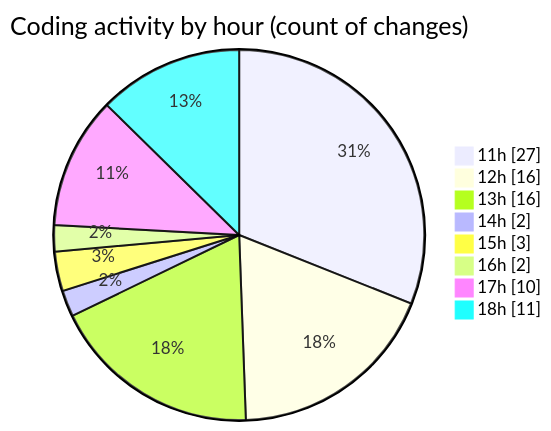
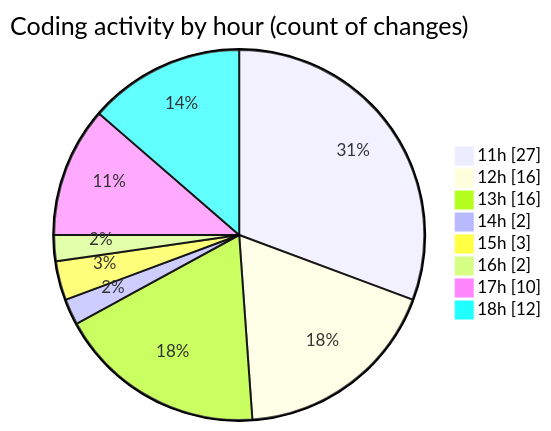
One commit to MatusMokan/code-tracking changed the second of 2 diagrams in 2025-04-18/myws__workspace_/README.md. Above: the diagram before and after it, drawn with Mermaid. The commit also changed other lines of this file and 1 other file, not shown here.

````diff
--- a/2025-04-18/myws__workspace_/README.md
+++ b/2025-04-18/myws__workspace_/README.md
@@ -32,12 +32,12 @@
 ```mermaid
 pie showData
 title Coding activity by hour (count of changes)
 "11h" : 27
 "12h" : 16
 "13h" : 16
 "14h" : 2
 "15h" : 3
 "16h" : 2
 "17h" : 10
-"18h" : 11
+"18h" : 12
 ```
````
